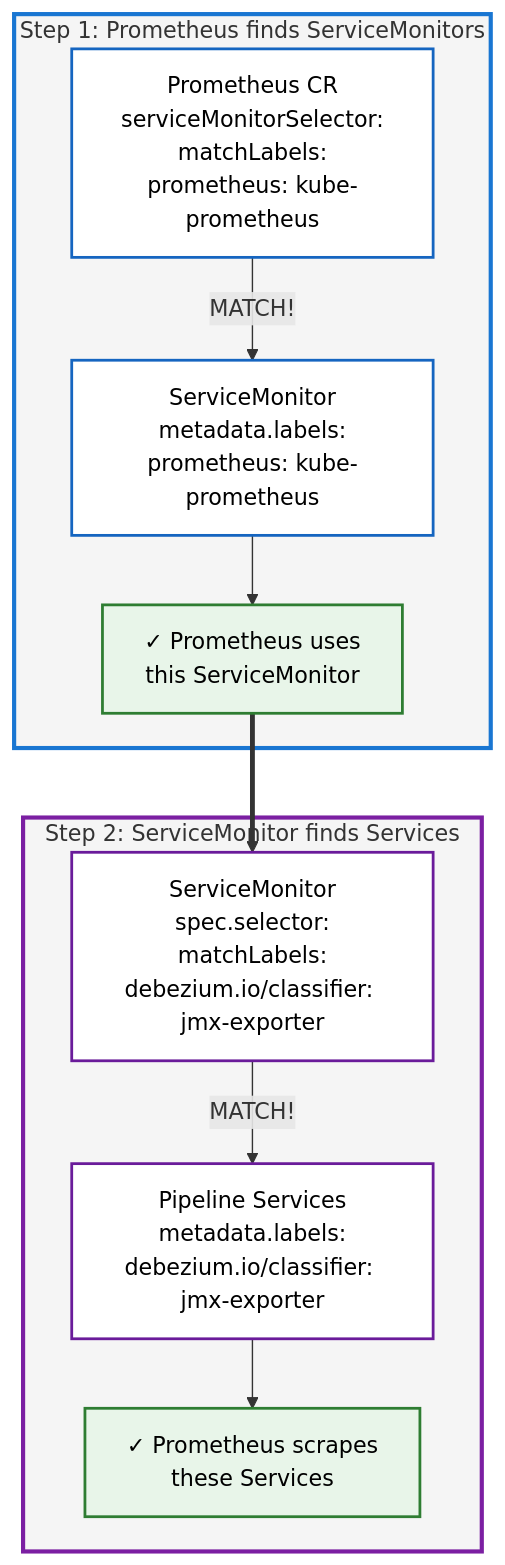
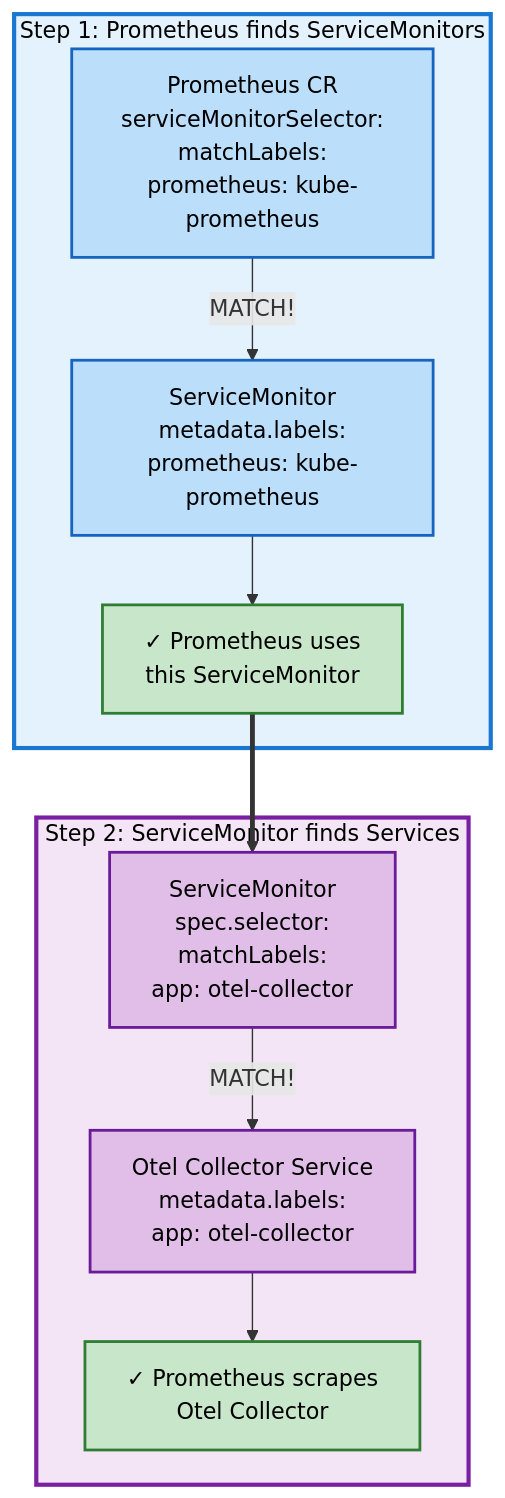
The second of 2 diagrams in DDD-38.md (debezium/debezium-design-documents), drawn with Mermaid before and after one commit. The commit also changed other lines of this file, not shown here.

Commit message:
DDD-38 Switch solution to Otel

````diff
--- a/DDD-38.md
+++ b/DDD-38.md
@@ -133,27 +377,27 @@
 ```mermaid
 flowchart TB
     subgraph Step1["Step 1: Prometheus finds ServiceMonitors"]
         P1["Prometheus CR<br/>serviceMonitorSelector:<br/>matchLabels:<br/>prometheus: kube-prometheus"]
         SM1["ServiceMonitor<br/>metadata.labels:<br/>prometheus: kube-prometheus"]
         P1 -->|"MATCH!"| SM1
         SM1 --> R1["✓ Prometheus uses<br/>this ServiceMonitor"]
     end
     
     subgraph Step2["Step 2: ServiceMonitor finds Services"]
-        SM2["ServiceMonitor<br/>spec.selector:<br/>matchLabels:<br/>debezium.io/classifier: jmx-exporter"]
-        SVC["Pipeline Services<br/>metadata.labels:<br/>debezium.io/classifier: jmx-exporter"]
+        SM2["ServiceMonitor<br/>spec.selector:<br/>matchLabels:<br/>app: otel-collector"]
+        SVC["Otel Collector Service<br/>metadata.labels:<br/>app: otel-collector"]
         SM2 -->|"MATCH!"| SVC
-        SVC --> R2["✓ Prometheus scrapes<br/>these Services"]
+        SVC --> R2["✓ Prometheus scrapes<br/>Otel Collector"]
     end
     
     R1 ==> SM2
     
-    style Step1 fill:#f5f5f5,stroke:#1976d2,stroke-width:3px
-    style Step2 fill:#f5f5f5,stroke:#7b1fa2,stroke-width:3px
-    style P1 fill:#ffffff,stroke:#1565c0,stroke-width:2px,color:#000
-    style SM1 fill:#ffffff,stroke:#1565c0,stroke-width:2px,color:#000
-    style R1 fill:#e8f5e9,stroke:#2e7d32,stroke-width:2px,color:#000
-    style SM2 fill:#ffffff,stroke:#6a1b9a,stroke-width:2px,color:#000
-    style SVC fill:#ffffff,stroke:#6a1b9a,stroke-width:2px,color:#000
-    style R2 fill:#e8f5e9,stroke:#2e7d32,stroke-width:2px,color:#000
+    style Step1 fill:#e3f2fd,stroke:#1976d2,stroke-width:3px,color:#000000
+    style Step2 fill:#f3e5f5,stroke:#7b1fa2,stroke-width:3px,color:#000000
+    style P1 fill:#bbdefb,stroke:#1565c0,stroke-width:2px,color:#000000
+    style SM1 fill:#bbdefb,stroke:#1565c0,stroke-width:2px,color:#000000
+    style R1 fill:#c8e6c9,stroke:#2e7d32,stroke-width:2px,color:#000000
+    style SM2 fill:#e1bee7,stroke:#6a1b9a,stroke-width:2px,color:#000000
+    style SVC fill:#e1bee7,stroke:#6a1b9a,stroke-width:2px,color:#000000
+    style R2 fill:#c8e6c9,stroke:#2e7d32,stroke-width:2px,color:#000000
 ```
````
